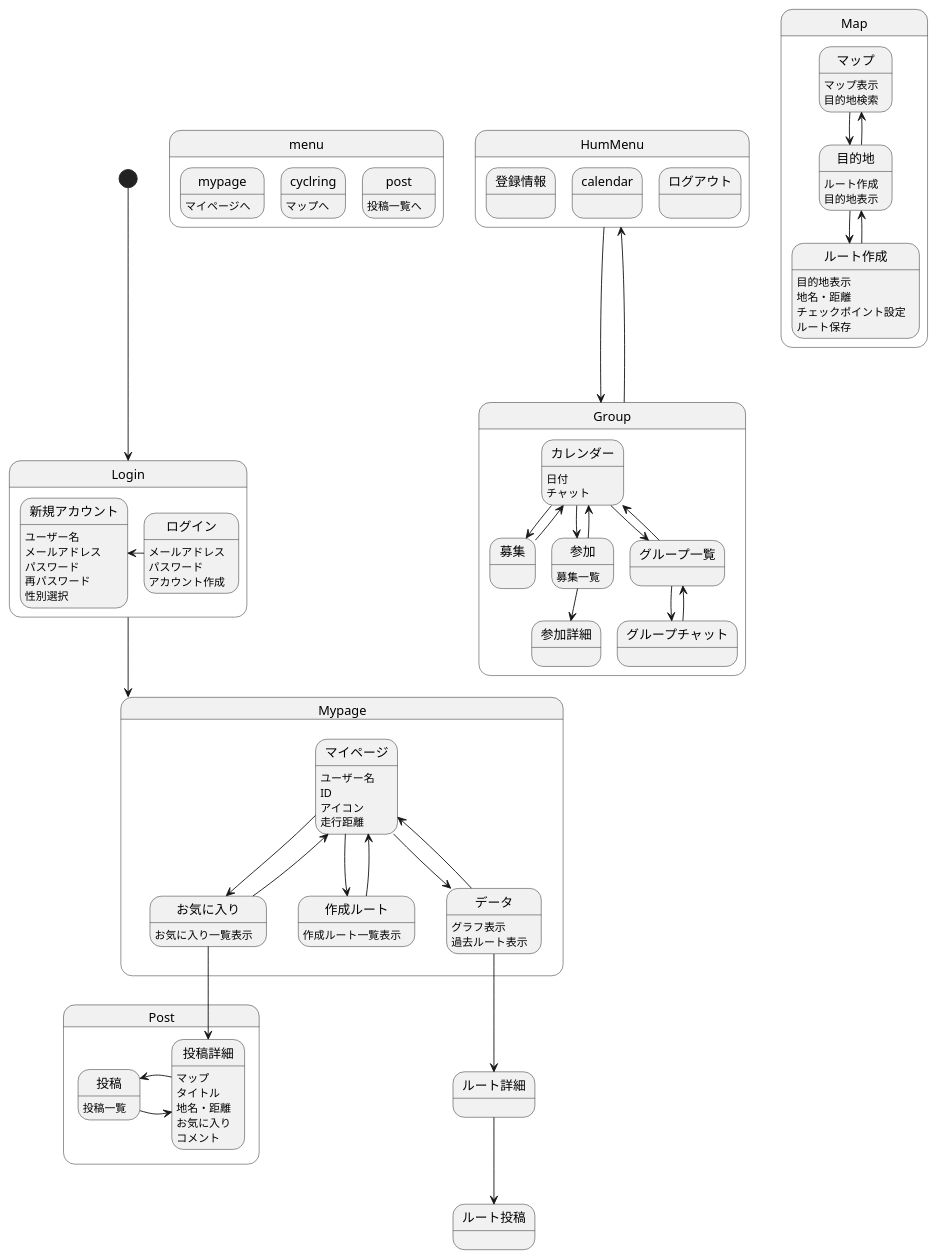
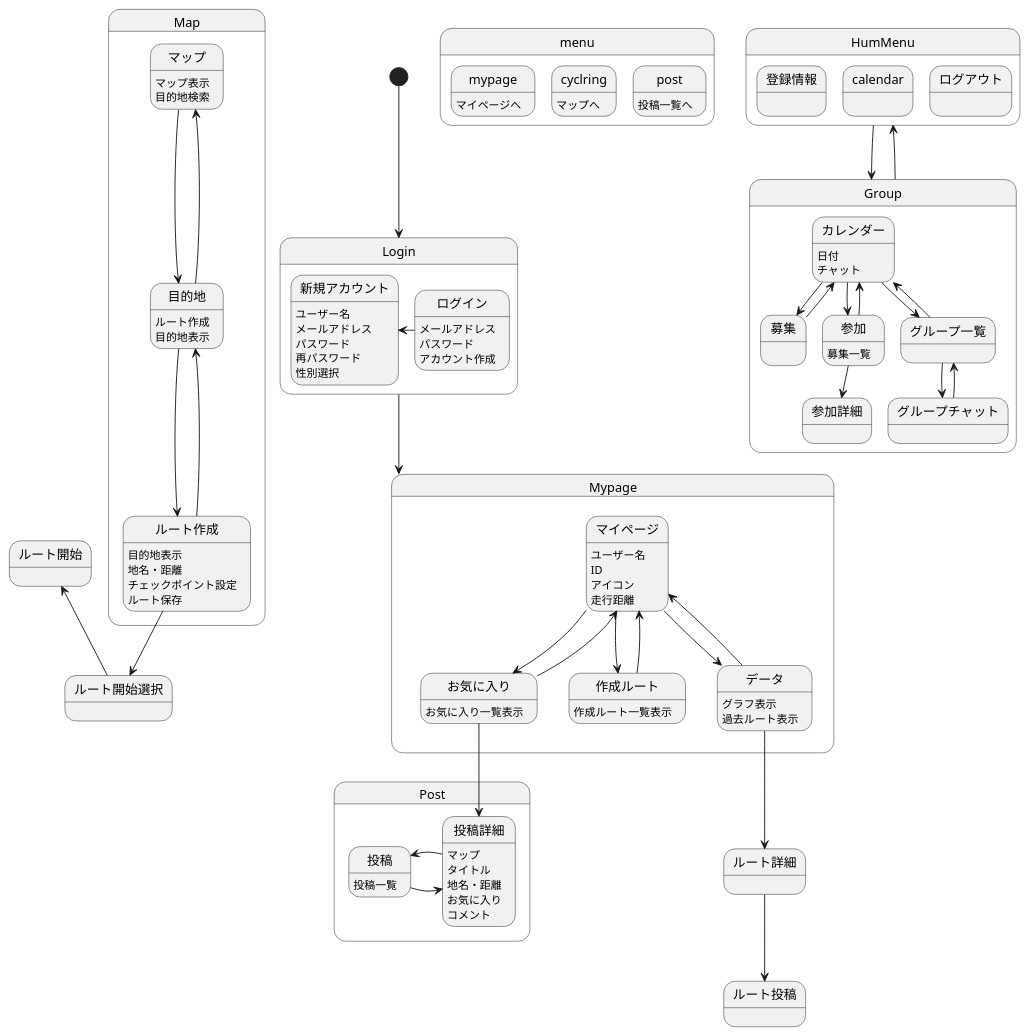
Before and after one commit to AsoSD3A3/CyclingSystem: the diagram in 画面遷移図/gm.md, drawn with PlantUML.

```diff
--- a/画面遷移図/gm.md
+++ b/画面遷移図/gm.md
@@ -82,6 +82,8 @@
 ルート作成:チェックポイント設定
 ルート作成:ルート保存
 }
+ルート作成-->ルート開始選択
+ルート開始選択-up->ルート開始
 
 state Post{
 投稿:投稿一覧
```
